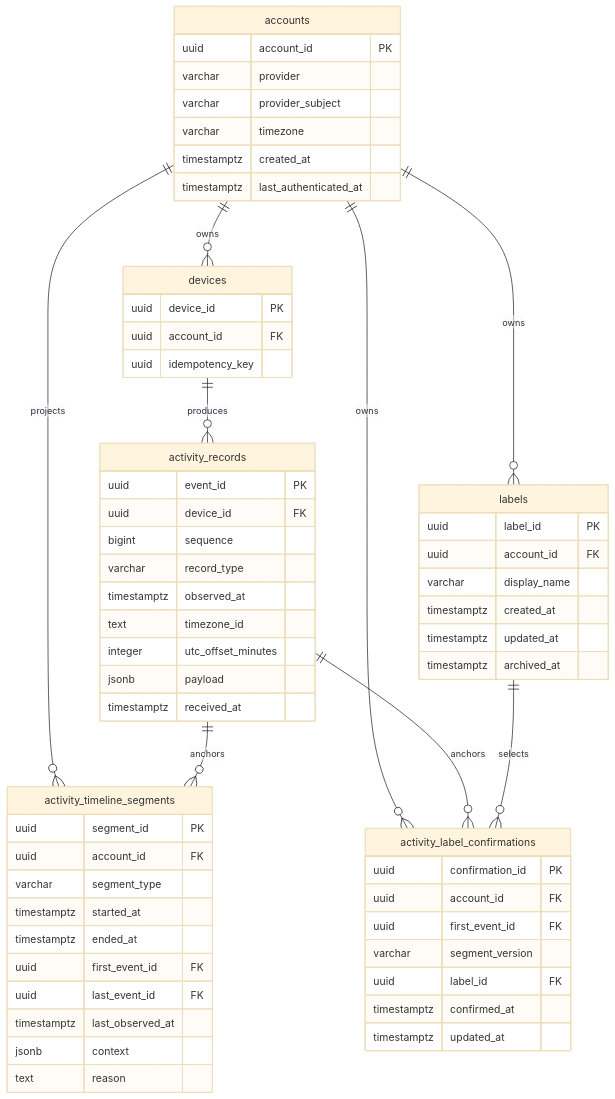
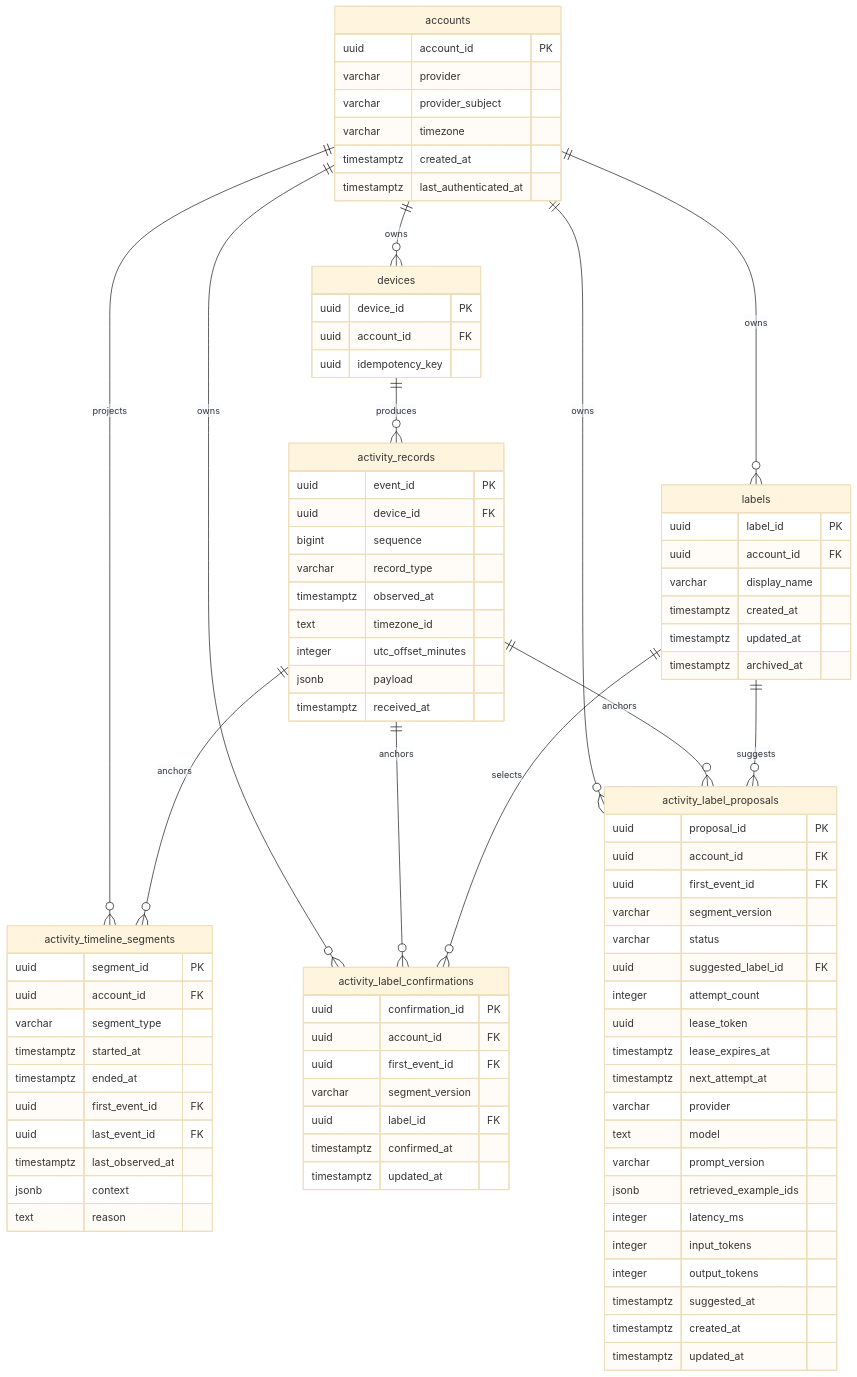
One commit to jolvy/mosemo changed the diagram in docs/erd.md. Above: the diagram before and after it, drawn with Mermaid (base theme). The commit also changed other lines of this file and 20 other files, not shown here.

Commit message:
feat(labels): add AI proposal processing

````diff
--- a/docs/erd.md
+++ b/docs/erd.md
@@ -19,6 +19,9 @@
     accounts ||--o{ activity_label_confirmations : owns
     activity_records ||--o{ activity_label_confirmations : anchors
     labels ||--o{ activity_label_confirmations : selects
+    accounts ||--o{ activity_label_proposals : owns
+    activity_records ||--o{ activity_label_proposals : anchors
+    labels ||--o{ activity_label_proposals : suggests
 
     accounts {
         uuid account_id PK
@@ -78,4 +81,27 @@
         timestamptz confirmed_at
         timestamptz updated_at
     }
+
+    activity_label_proposals {
+        uuid proposal_id PK
+        uuid account_id FK
+        uuid first_event_id FK
+        varchar segment_version
+        varchar status
+        uuid suggested_label_id FK
+        integer attempt_count
+        uuid lease_token
+        timestamptz lease_expires_at
+        timestamptz next_attempt_at
+        varchar provider
+        text model
+        varchar prompt_version
+        jsonb retrieved_example_ids
+        integer latency_ms
+        integer input_tokens
+        integer output_tokens
+        timestamptz suggested_at
+        timestamptz created_at
+        timestamptz updated_at
+    }
 ```
````
